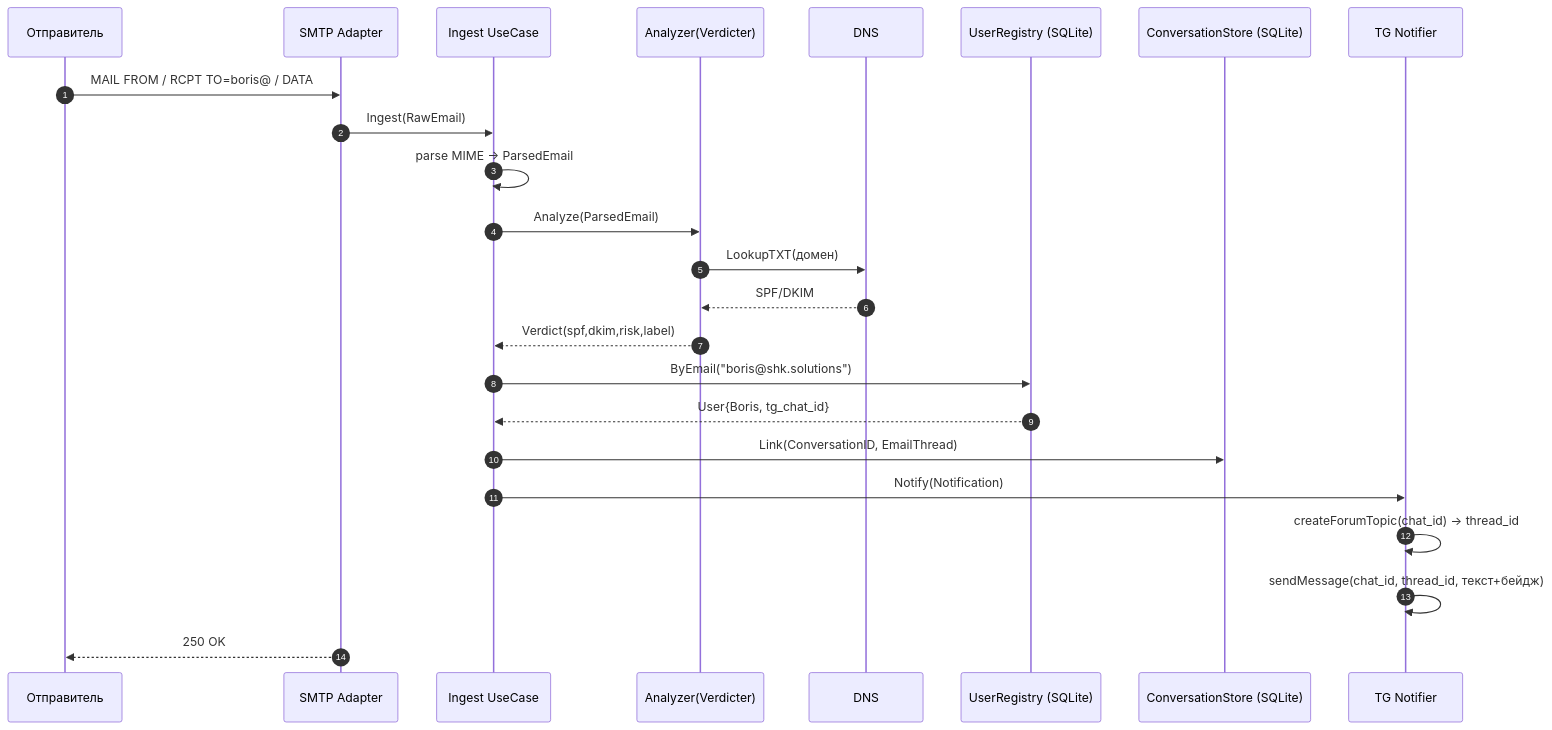
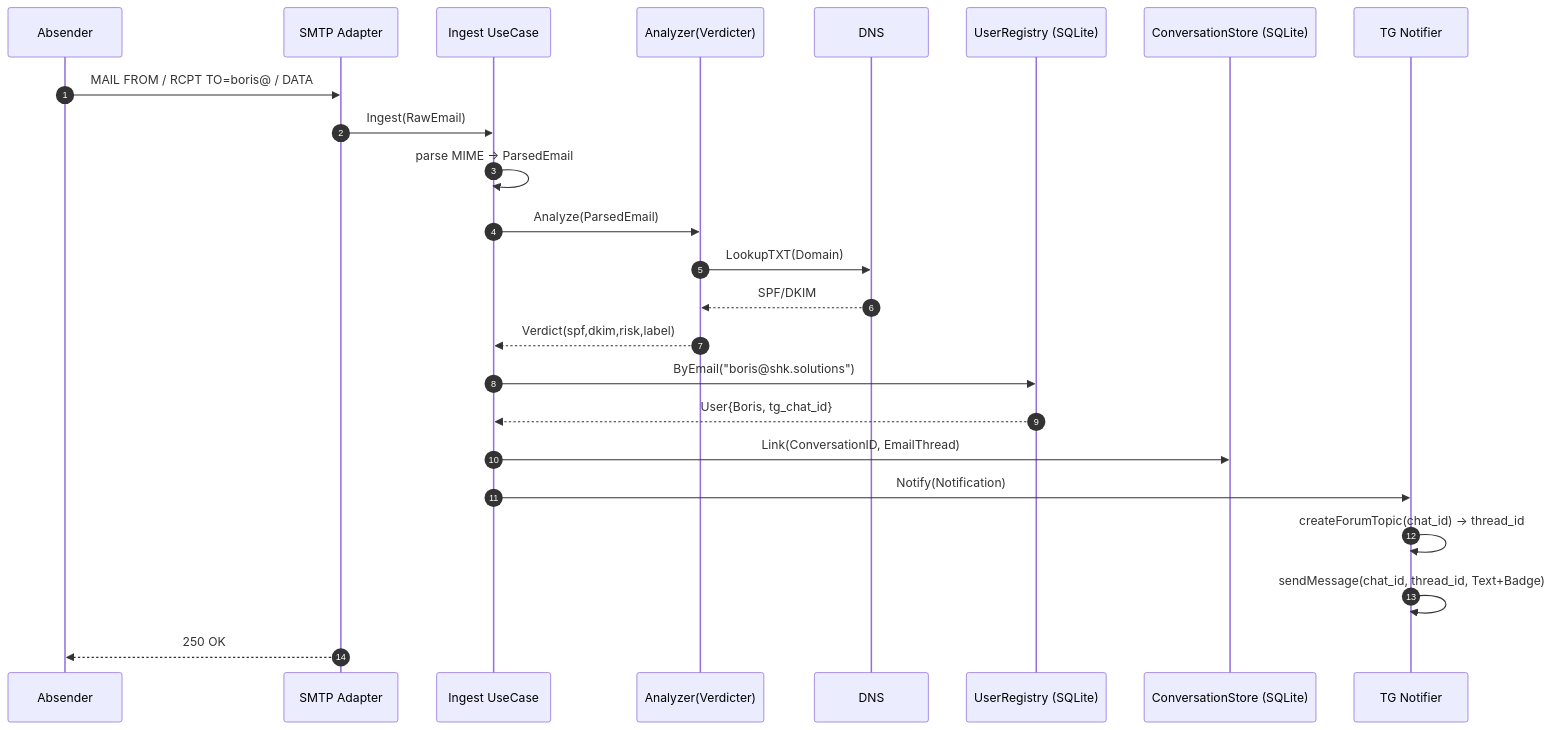
Before and after one commit to Alex84K/smpt_pet_proj: the sixth of 8 diagrams in docs/DESIGN_MVP.md, drawn with Mermaid. The commit also changed other lines of this file and 4 other files, not shown here.

````diff
--- a/docs/DESIGN_MVP.md
+++ b/docs/DESIGN_MVP.md
@@ -274,27 +278,27 @@
 ```mermaid
 sequenceDiagram
     autonumber
-    participant Ext as Отправитель
+    participant Ext as Absender
     participant SMTP as SMTP Adapter
     participant UC as Ingest UseCase
     participant AN as Analyzer(Verdicter)
     participant DNS as DNS
     participant REG as UserRegistry (SQLite)
     participant CS as ConversationStore (SQLite)
     participant TG as TG Notifier
 
     Ext->>SMTP: MAIL FROM / RCPT TO=boris@ / DATA
     SMTP->>UC: Ingest(RawEmail)
     UC->>UC: parse MIME → ParsedEmail
     UC->>AN: Analyze(ParsedEmail)
-    AN->>DNS: LookupTXT(домен)
+    AN->>DNS: LookupTXT(Domain)
     DNS-->>AN: SPF/DKIM
     AN-->>UC: Verdict(spf,dkim,risk,label)
     UC->>REG: ByEmail("boris@shk.solutions")
     REG-->>UC: User{Boris, tg_chat_id}
     UC->>CS: Link(ConversationID, EmailThread)
     UC->>TG: Notify(Notification)
     TG->>TG: createForumTopic(chat_id) → thread_id
-    TG->>TG: sendMessage(chat_id, thread_id, текст+бейдж)
+    TG->>TG: sendMessage(chat_id, thread_id, Text+Badge)
     SMTP-->>Ext: 250 OK
 ```
````
